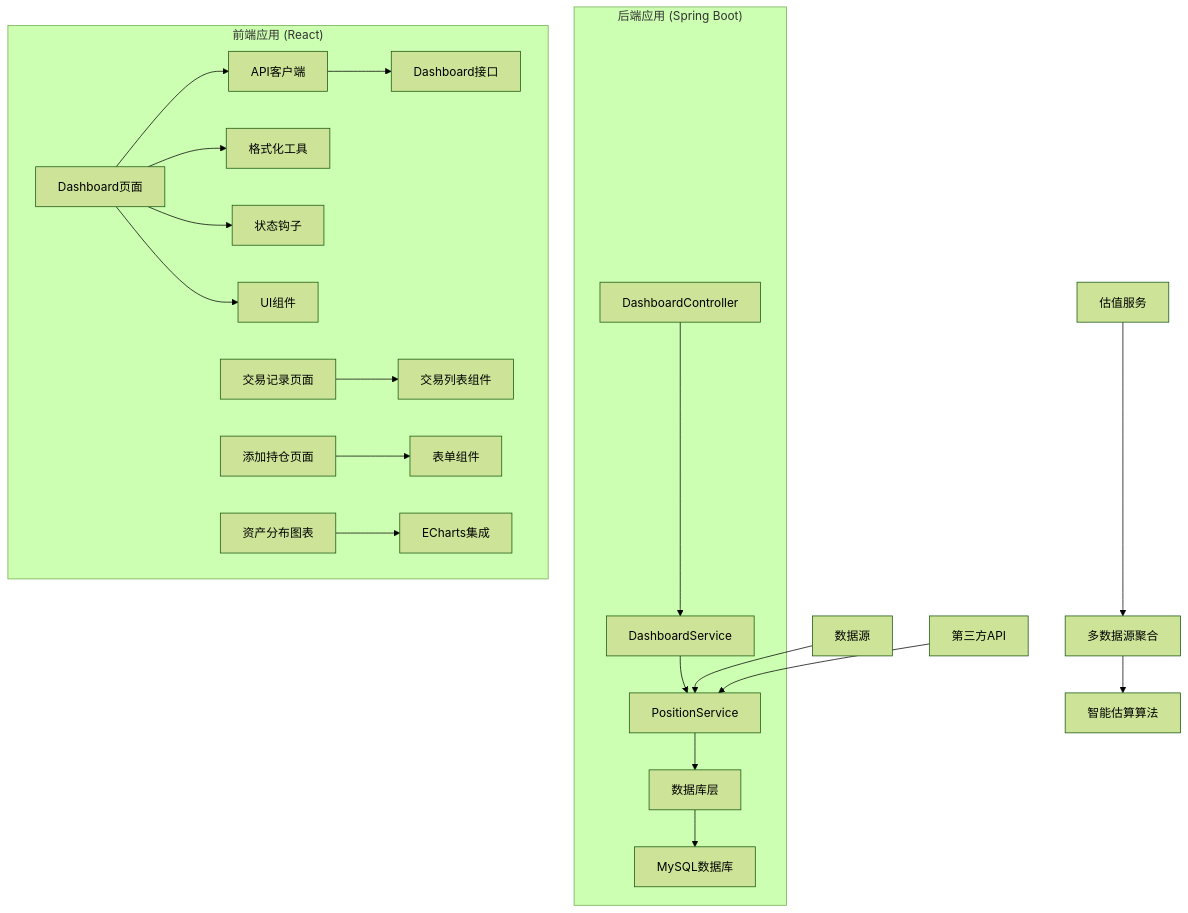
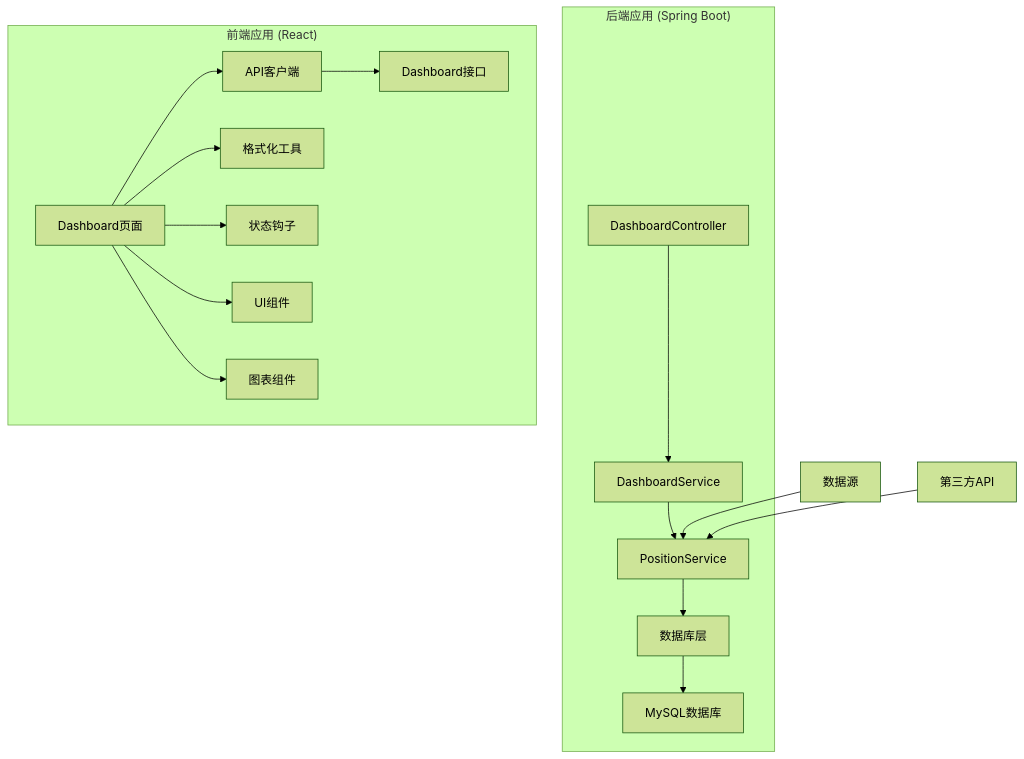
The first of 9 diagrams in .qoder/repowiki/zh/content/Dashboard Enhancement.md (gree-coder/fund-butler), drawn with Mermaid (forest theme) before and after one commit. The commit also changed other lines of this file and 21 other files, not shown here.

````diff
--- a/.qoder/repowiki/zh/content/Dashboard Enhancement.md
+++ b/.qoder/repowiki/zh/content/Dashboard Enhancement.md
@@ -64,23 +55,19 @@
 ```mermaid
 graph TB
 subgraph "后端应用 (Spring Boot)"
 A[DashboardController] --> B[DashboardService]
 B --> C[PositionService]
 C --> D[数据库层]
 D --> E[MySQL数据库]
 end
 subgraph "前端应用 (React)"
 F[Dashboard页面] --> G[API客户端]
 G --> H[Dashboard接口]
 F --> I[格式化工具]
 F --> J[状态钩子]
 F --> K[UI组件]
-L[交易记录页面] --> M[交易列表组件]
-N[添加持仓页面] --> O[表单组件]
-P[资产分布图表] --> Q[ECharts集成]
+F --> L[图表组件]
 end
-R[数据源] --> C
-S[第三方API] --> C
-T[估值服务] --> U[多数据源聚合]
-U --> V[智能估算算法]
+M[数据源] --> C
+N[第三方API] --> C
 ```
````
